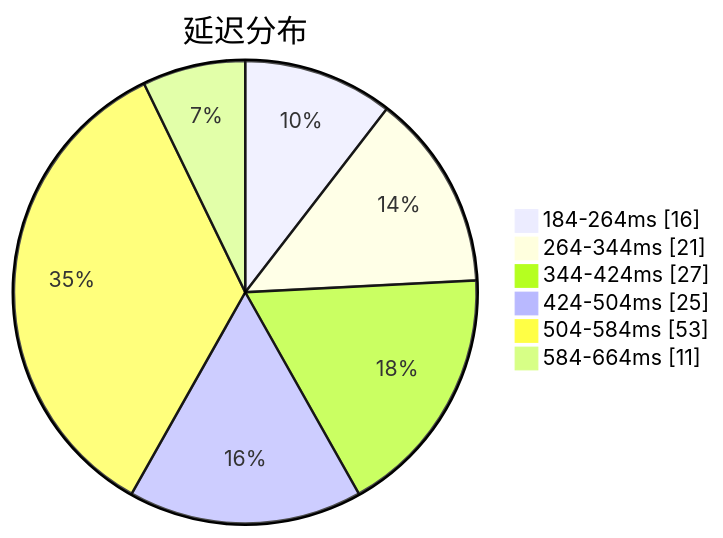
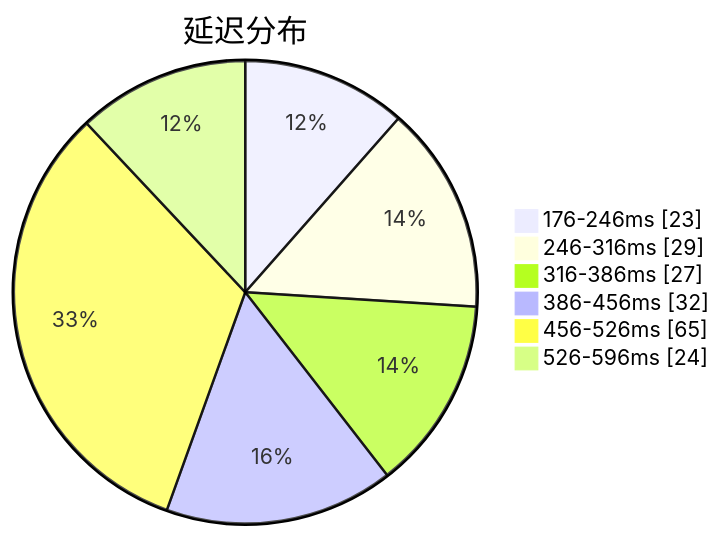
One commit to qjlxg/airport changed the first of 3 diagrams in subs/statistics/tested_within.md. Above: the diagram before and after it, drawn with Mermaid. The commit also changed other lines of this file and 2 other files, not shown here.

````diff
--- a/subs/statistics/tested_within.md
+++ b/subs/statistics/tested_within.md
@@ -2,10 +2,10 @@
 ```mermaid
 pie showData
 title 延迟分布
-"184-264ms" : 16
-"264-344ms" : 21
-"344-424ms" : 27
-"424-504ms" : 25
-"504-584ms" : 53
-"584-664ms" : 11
+"176-246ms" : 23
+"246-316ms" : 29
+"316-386ms" : 27
+"386-456ms" : 32
+"456-526ms" : 65
+"526-596ms" : 24
 ```
````
